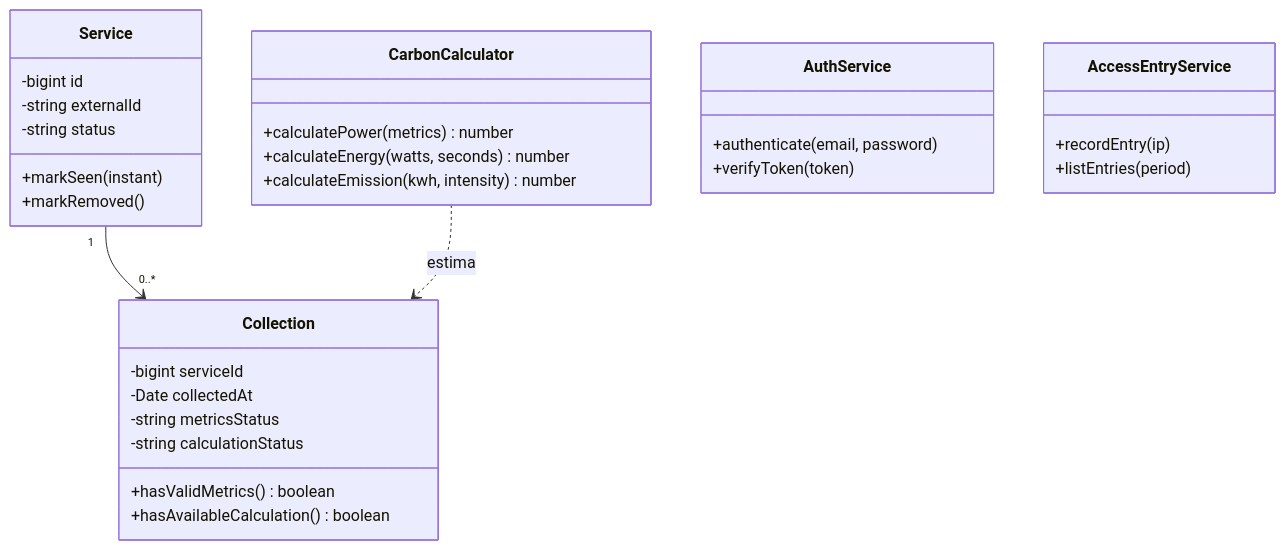
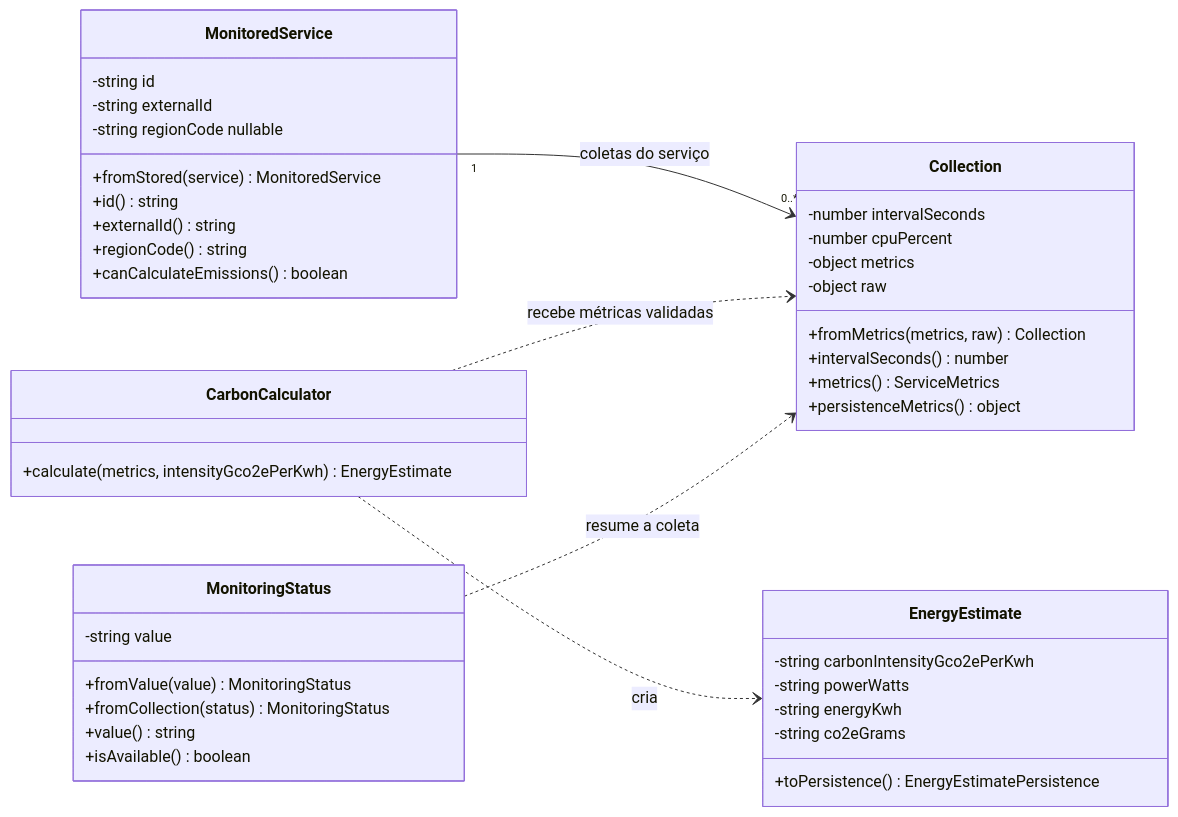
One commit to DEVassos/ecopulse-app changed the third of 5 diagrams in docs/arquitetura/modelagem-uml.md. Above: the diagram before and after it, drawn with Mermaid. The commit also changed other lines of this file and 1 other file, not shown here.

Commit message:
docs(docs): alinha modelo OO da arquitetura ao código (#289)
A seção desenhava métodos e classes inexistentes (markSeen, hasValidMetrics, calculatePower, AuthService, AccessEntryService), contradizendo o código que sustenta o TP01. O diagrama agora espelha backend/src/domain/ e registra explicitamente que auth é por funções.

````diff
--- a/docs/arquitetura/modelagem-uml.md
+++ b/docs/arquitetura/modelagem-uml.md
@@ -162,33 +162,45 @@
 ```mermaid
 classDiagram
-    class Service {
-        -bigint id
+    direction LR
+    class MonitoredService {
+        -string id
         -string externalId
-        -string status
-        +markSeen(instant)
-        +markRemoved()
+        -string regionCode nullable
+        +fromStored(service) MonitoredService
+        +id() string
+        +externalId() string
+        +regionCode() string
+        +canCalculateEmissions() boolean
     }
     class Collection {
-        -bigint serviceId
-        -Date collectedAt
-        -string metricsStatus
-        -string calculationStatus
-        +hasValidMetrics() boolean
-        +hasAvailableCalculation() boolean
+        -number intervalSeconds
+        -number cpuPercent
+        -object metrics
+        -object raw
+        +fromMetrics(metrics, raw) Collection
+        +intervalSeconds() number
+        +metrics() ServiceMetrics
+        +persistenceMetrics() object
+    }
+    class EnergyEstimate {
+        -string carbonIntensityGco2ePerKwh
+        -string powerWatts
+        -string energyKwh
+        -string co2eGrams
+        +toPersistence() EnergyEstimatePersistence
     }
     class CarbonCalculator {
-        +calculatePower(metrics) number
-        +calculateEnergy(watts, seconds) number
-        +calculateEmission(kwh, intensity) number
+        +calculate(metrics, intensityGco2ePerKwh) EnergyEstimate
     }
-    class AuthService {
-        +authenticate(email, password)
-        +verifyToken(token)
+    class MonitoringStatus {
+        -string value
+        +fromValue(value) MonitoringStatus
+        +fromCollection(status) MonitoringStatus
+        +value() string
+        +isAvailable() boolean
     }
-    class AccessEntryService {
-        +recordEntry(ip)
-        +listEntries(period)
-    }
-    Service "1" --> "0..*" Collection
-    CarbonCalculator ..> Collection : estima
+    MonitoredService "1" --> "0..*" Collection : coletas do serviço
+    CarbonCalculator ..> EnergyEstimate : cria
+    CarbonCalculator ..> Collection : recebe métricas validadas
+    MonitoringStatus ..> Collection : resume a coleta
 ```
````
